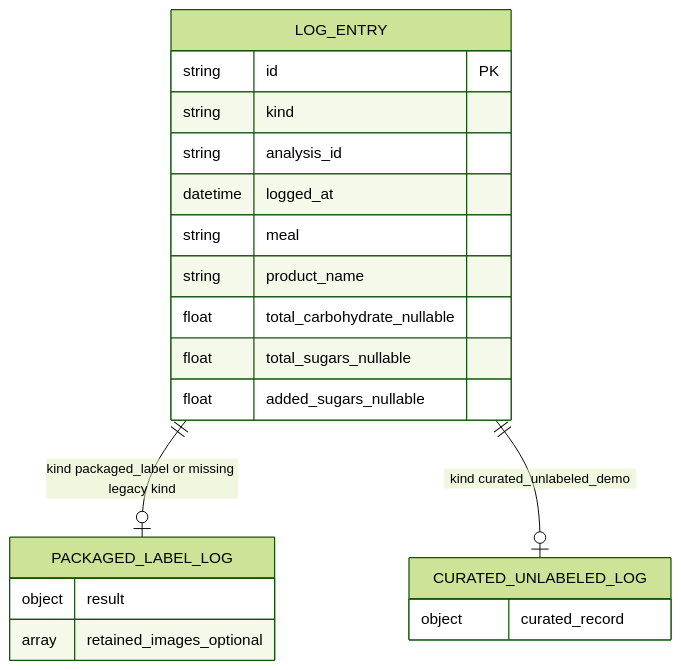
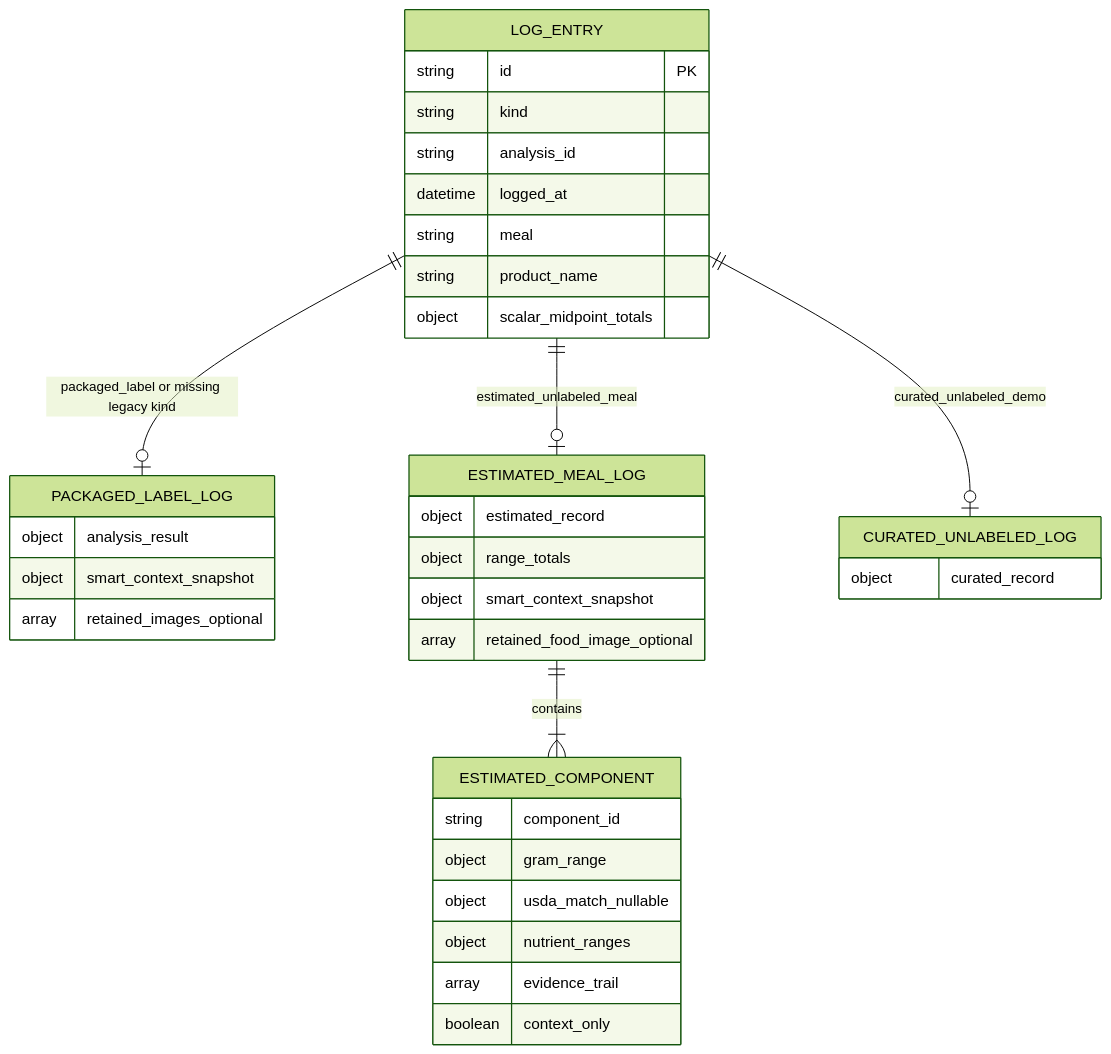
The third of 3 diagrams in .md/ARCHITECTURE.md (aaaaandreiii/NutritionTracker), drawn with Mermaid (forest theme) before and after one commit. The commit also changed other lines of this file and 43 other files, not shown here.

First line of the commit message:
feat: Implement meal image processing and smart context resolution

````diff
--- a/.md/ARCHITECTURE.md
+++ b/.md/ARCHITECTURE.md
@@ -107,24 +159,39 @@
 ```mermaid
 erDiagram
     LOG_ENTRY {
         string id PK
         string kind
         string analysis_id
         datetime logged_at
         string meal
         string product_name
-        float total_carbohydrate_nullable
-        float total_sugars_nullable
-        float added_sugars_nullable
+        object scalar_midpoint_totals
     }
     PACKAGED_LABEL_LOG {
-        object result
+        object analysis_result
+        object smart_context_snapshot
         array retained_images_optional
+    }
+    ESTIMATED_MEAL_LOG {
+        object estimated_record
+        object range_totals
+        object smart_context_snapshot
+        array retained_food_image_optional
+    }
+    ESTIMATED_COMPONENT {
+        string component_id
+        object gram_range
+        object usda_match_nullable
+        object nutrient_ranges
+        array evidence_trail
+        boolean context_only
     }
     CURATED_UNLABELED_LOG {
         object curated_record
     }
 
-    LOG_ENTRY ||--o| PACKAGED_LABEL_LOG : "kind packaged_label or missing legacy kind"
-    LOG_ENTRY ||--o| CURATED_UNLABELED_LOG : "kind curated_unlabeled_demo"
+    LOG_ENTRY ||--o| PACKAGED_LABEL_LOG : "packaged_label or missing legacy kind"
+    LOG_ENTRY ||--o| ESTIMATED_MEAL_LOG : "estimated_unlabeled_meal"
+    LOG_ENTRY ||--o| CURATED_UNLABELED_LOG : "curated_unlabeled_demo"
+    ESTIMATED_MEAL_LOG ||--|{ ESTIMATED_COMPONENT : contains
 ```
````
